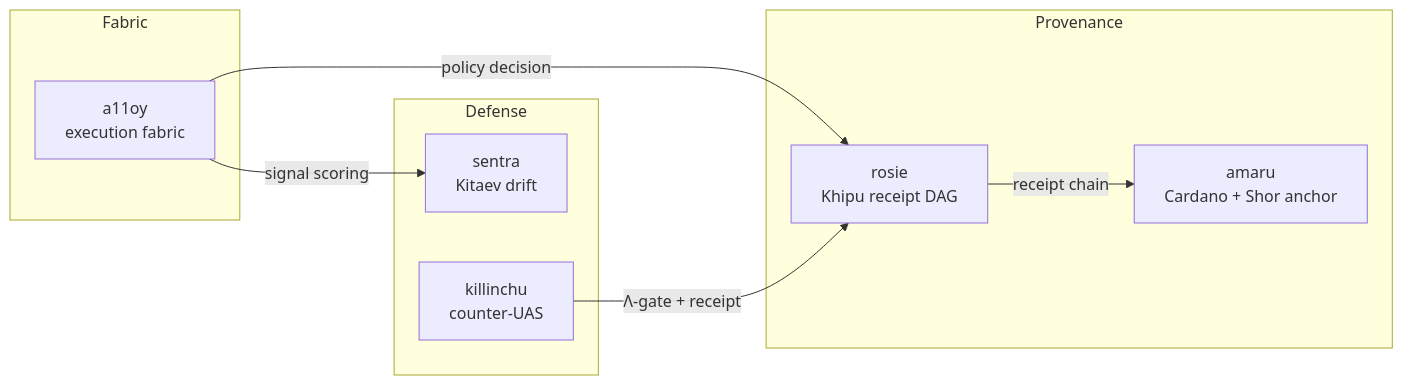
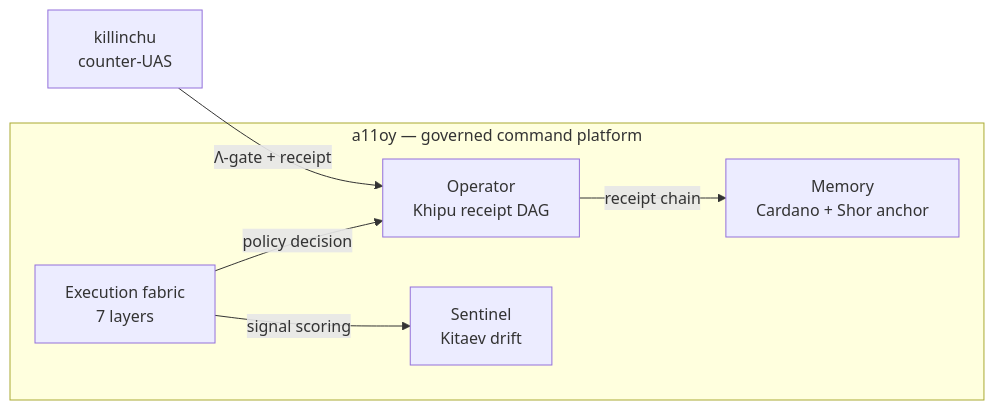
One commit to szl-holdings/docs-site changed the diagram in docs/flagships/index.md. Above: the diagram before and after it, drawn with Mermaid. The commit also changed other lines of this file, not shown here.

Commit message:
docs: fold amaru/sentra/rosie into a11oy verticals (Memory/Sentinel/Operator); fix broken repo links

````diff
--- a/docs/flagships/index.md
+++ b/docs/flagships/index.md
@@ -8,18 +10,14 @@
 ```mermaid
 flowchart LR
-  subgraph Fabric
-    A[a11oy<br/>execution fabric]
+  subgraph A11OY["a11oy — governed command platform"]
+    A[Execution fabric<br/>7 layers]
+    M[Memory<br/>Cardano + Shor anchor]
+    R[Operator<br/>Khipu receipt DAG]
+    S[Sentinel<br/>Kitaev drift]
   end
-  subgraph Provenance
-    M[amaru<br/>Cardano + Shor anchor]
-    R[rosie<br/>Khipu receipt DAG]
-  end
-  subgraph Defense
-    S[sentra<br/>Kitaev drift]
-    K[killinchu<br/>counter-UAS]
-  end
+  K[killinchu<br/>counter-UAS]
   A -->|policy decision| R
   A -->|signal scoring| S
   R -->|receipt chain| M
   K -->|Λ-gate + receipt| R
 ```
````
